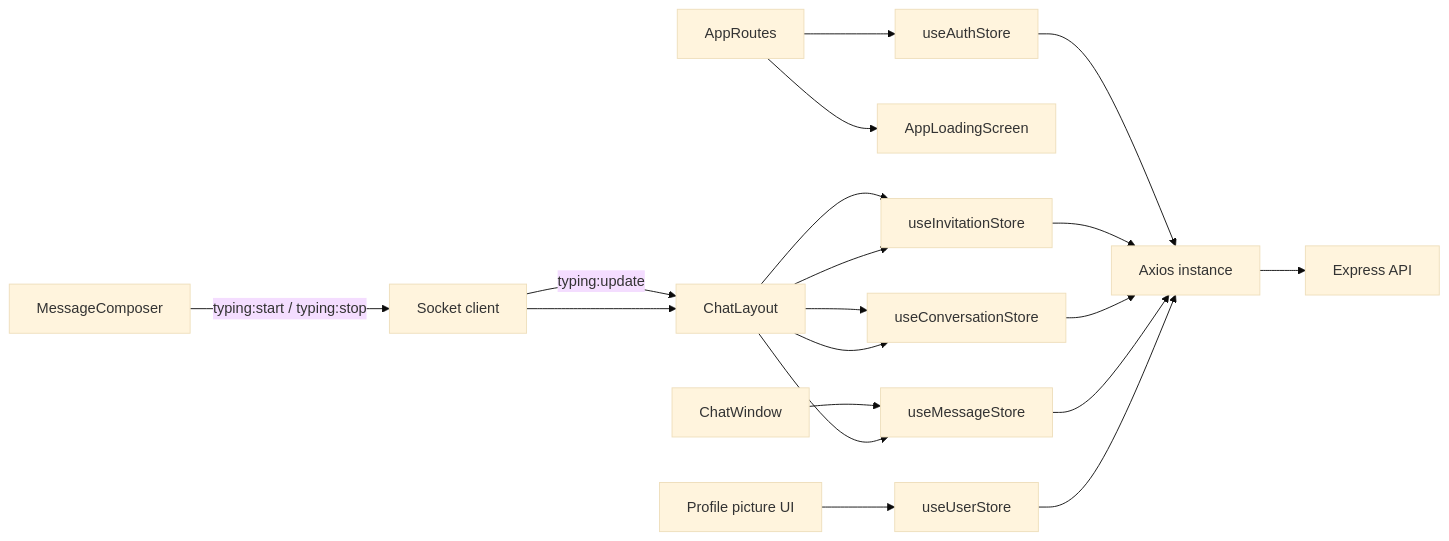
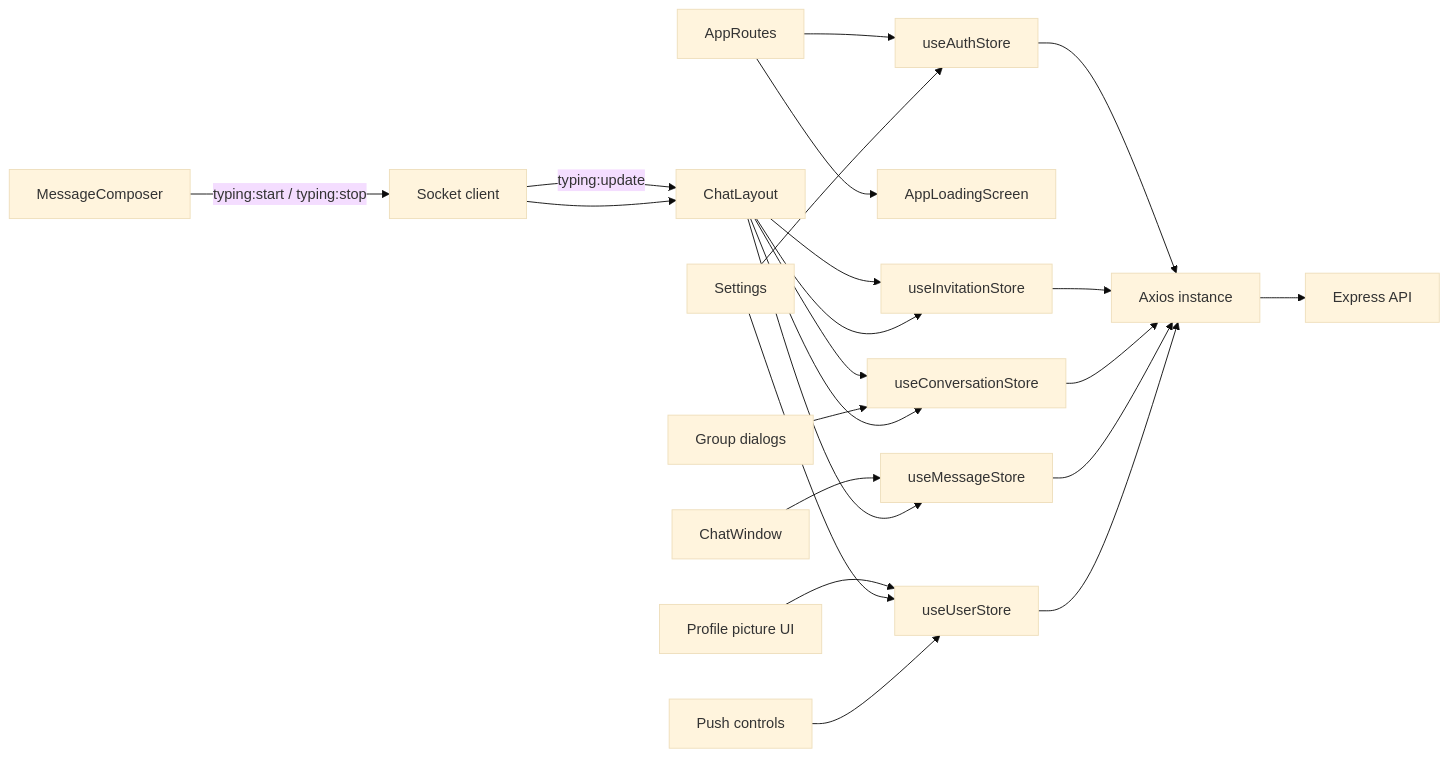
The sixth of 7 diagrams in docs/02-system-architecture.md (Saurav11343/click-chat), drawn with Mermaid (base theme) before and after one commit. The commit also changed other lines of this file and 11 other files, not shown here.

Commit message:
update diagrams

````diff
--- a/docs/02-system-architecture.md
+++ b/docs/02-system-architecture.md
@@ -145,23 +154,27 @@
 ```mermaid
 flowchart LR
     AR["AppRoutes"] --> AS["useAuthStore"]
     AR --> LS["AppLoadingScreen"]
     CL["ChatLayout"] --> IS["useInvitationStore"]
     CL --> CS["useConversationStore"]
     CW["ChatWindow"] --> MS["useMessageStore"]
     MC["MessageComposer"] -->|"typing:start / typing:stop"| SO
     SO -->|"typing:update"| CL
     PP["Profile picture UI"] --> US["useUserStore"]
+    SET["Settings"] --> AS
+    SET --> US
+    GP["Group dialogs"] --> CS
+    PUSH["Push controls"] --> US
 
     AX["Axios instance"] --> API["Express API"]
     AS --> AX
     IS --> AX
     CS --> AX
     MS --> AX
     US --> AX
 
     SO["Socket client"] --> CL
     CL --> IS
     CL --> CS
     CL --> MS
 ```
````
